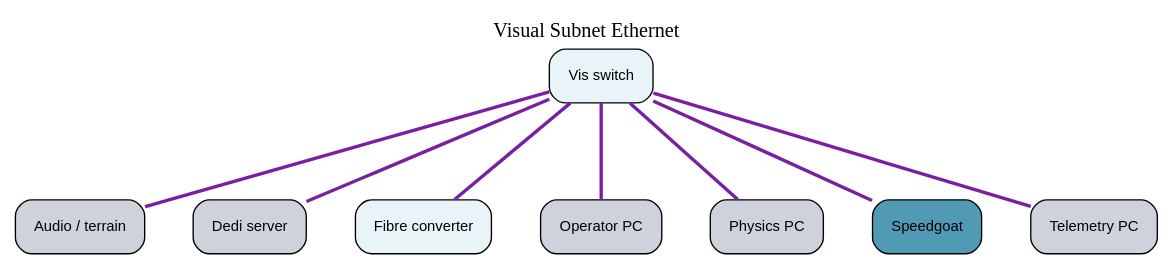
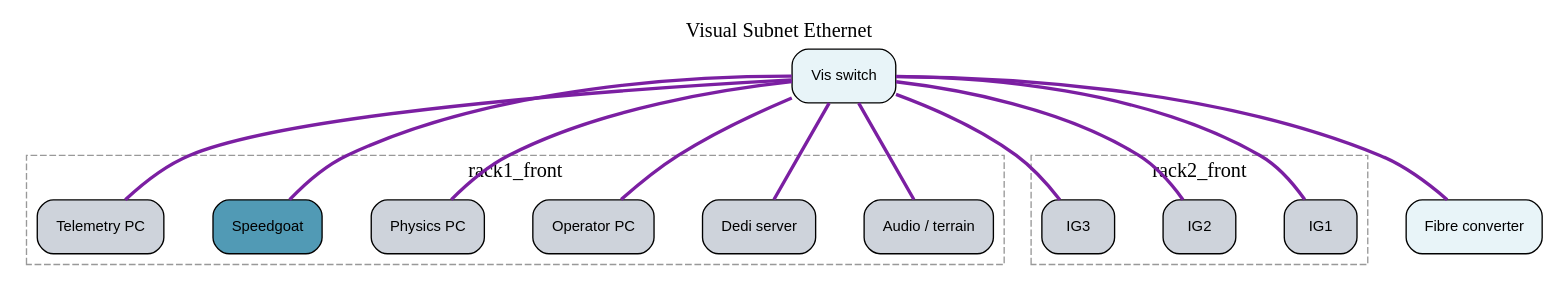
One commit to BenjiPestell/rack-diagram-demo changed the diagram in wiring_visual_subnet_ethernet.dot. Above: the diagram before and after it, drawn with Graphviz. The commit also changed 8 other files, not shown here.

```diff
--- a/wiring_visual_subnet_ethernet.dot
+++ b/wiring_visual_subnet_ethernet.dot
@@ -1,84 +1,120 @@
 graph "Visual Subnet Ethernet" {
 
   graph [
     rankdir=TB,
     nodesep=0.5,
     ranksep=1.0,
     bgcolor="white",
     label="Visual Subnet Ethernet",
     labelloc=t,
     fontsize=15,
     fontname="Arial Bold"
   ];
 
   node [
     shape=box,
     style="rounded,filled",
     fillcolor="#E8F4F8",
     fontsize=11,
     fontname="Arial",
     margin=0.2
   ];
 
   edge [
     color="#7B1FA2",
     style=solid,
     penwidth=2.5
   ];
 
-  // Devices
-  "Audio___terrain" [
-    label="Audio / terrain",
-    fillcolor="#ced3db"
-  ];
-  "Dedi_server" [
-    label="Dedi server",
-    fillcolor="#ced3db"
-  ];
+  // Devices by rack
+  subgraph cluster_rack1_front {
+    label="rack1_front";
+    style=dashed;
+    color="#999999";
+
+    "Audio___terrain" [
+      label="Audio / terrain",
+      fillcolor="#ced3db"
+    ];
+    "Dedi_server" [
+      label="Dedi server",
+      fillcolor="#ced3db"
+    ];
+    "Operator_PC" [
+      label="Operator PC",
+      fillcolor="#ced3db"
+    ];
+    "Physics_PC" [
+      label="Physics PC",
+      fillcolor="#ced3db"
+    ];
+    "Speedgoat" [
+      label="Speedgoat",
+      fillcolor="#519AB5"
+    ];
+    "Telemetry_PC" [
+      label="Telemetry PC",
+      fillcolor="#ced3db"
+    ];
+  }
+
+  subgraph cluster_rack2_front {
+    label="rack2_front";
+    style=dashed;
+    color="#999999";
+
+    "IG1" [
+      label="IG1",
+      fillcolor="#ced3db"
+    ];
+    "IG2" [
+      label="IG2",
+      fillcolor="#ced3db"
+    ];
+    "IG3" [
+      label="IG3",
+      fillcolor="#ced3db"
+    ];
+  }
+
+  // External devices
   "Fibre_converter" [
     label="Fibre converter"
-  ];
-  "Operator_PC" [
-    label="Operator PC",
-    fillcolor="#ced3db"
-  ];
-  "Physics_PC" [
-    label="Physics PC",
-    fillcolor="#ced3db"
-  ];
-  "Speedgoat" [
-    label="Speedgoat",
-    fillcolor="#519AB5"
-  ];
-  "Telemetry_PC" [
-    label="Telemetry PC",
-    fillcolor="#ced3db"
   ];
   "Vis_switch" [
     label="Vis switch"
   ];
 
   // Connections
   "Vis_switch" -- "Audio___terrain" [
     color="#7B1FA2", style=solid, penwidth=2.5
   ];
   "Vis_switch" -- "Telemetry_PC" [
     color="#7B1FA2", style=solid, penwidth=2.5
   ];
   "Vis_switch" -- "Fibre_converter" [
     color="#7B1FA2", style=solid, penwidth=2.5
   ];
   "Vis_switch" -- "Physics_PC" [
     color="#7B1FA2", style=solid, penwidth=2.5
   ];
   "Vis_switch" -- "Speedgoat" [
     color="#7B1FA2", style=solid, penwidth=2.5
   ];
   "Vis_switch" -- "Operator_PC" [
     color="#7B1FA2", style=solid, penwidth=2.5
   ];
   "Vis_switch" -- "Dedi_server" [
     color="#7B1FA2", style=solid, penwidth=2.5
   ];
+  "Vis_switch" -- "IG1" [
+    color="#7B1FA2", style=solid, penwidth=2.5
+  ];
+  "Vis_switch" -- "IG2" [
+    color="#7B1FA2", style=solid, penwidth=2.5
+  ];
+  "Vis_switch" -- "IG3" [
+    color="#7B1FA2", style=solid, penwidth=2.5
+  ];
 
 }
```
